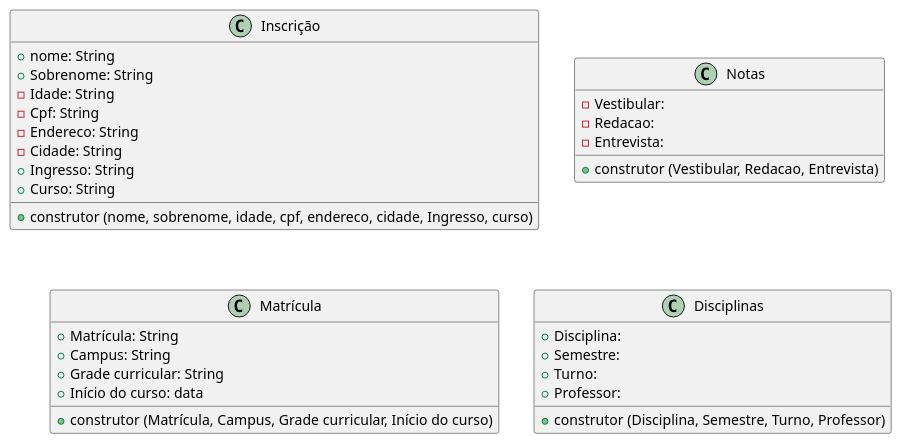
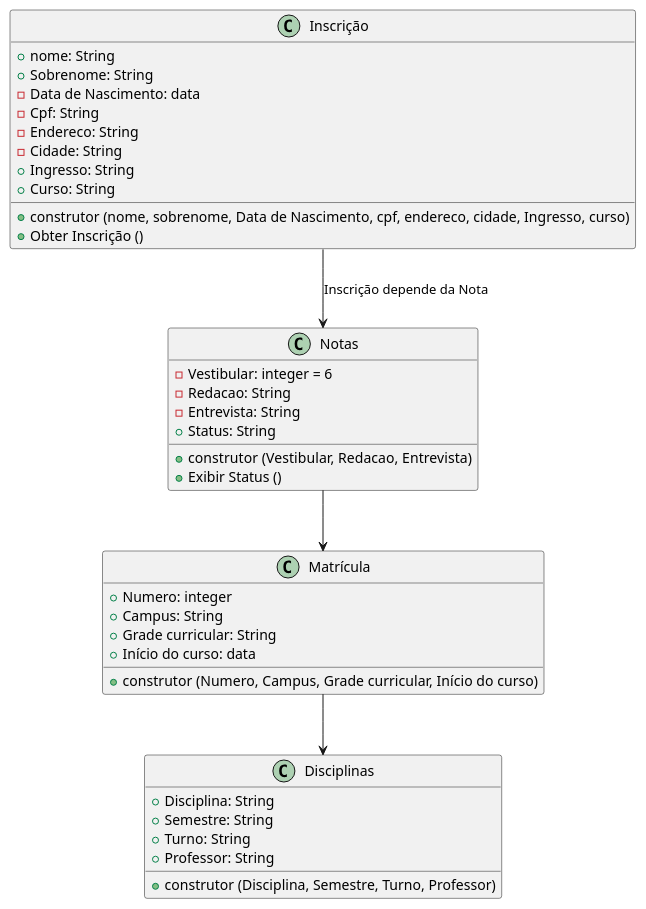
The diagram in matricula_universidade.PlantUML (FerCarvalhoRP/N2_POO), drawn with PlantUML before and after one commit.

Commit message:
Diagrama de Classes

```diff
--- a/matricula_universidade.PlantUML
+++ b/matricula_universidade.PlantUML
@@ -1,38 +1,46 @@
 @startuml Matricula UFSM
 
 Class Inscrição {
 + nome: String
 + Sobrenome: String
-- Idade: String
+- Data de Nascimento: data
 - Cpf: String
 - Endereco: String
 - Cidade: String
 + Ingresso: String
 + Curso: String
-+ construtor (nome, sobrenome, idade, cpf, endereco, cidade, Ingresso, curso)
++ construtor (nome, sobrenome, Data de Nascimento, cpf, endereco, cidade, Ingresso, curso)
++ Obter Inscrição ()
+
 }
 
 Class Notas {
-- Vestibular:
-- Redacao:
-- Entrevista:
+- Vestibular: integer = 6
+- Redacao: String
+- Entrevista: String
++ Status: String
 + construtor (Vestibular, Redacao, Entrevista)
++ Exibir Status ()
 }
 
 Class Matrícula {
-+ Matrícula: String
++ Numero: integer
 + Campus: String
 + Grade curricular: String
 + Início do curso: data
-+ construtor (Matrícula, Campus, Grade curricular, Início do curso)
++ construtor (Numero, Campus, Grade curricular, Início do curso)
 }
 
 Class Disciplinas {
-+ Disciplina:
-+ Semestre:
-+ Turno:
-+ Professor:
++ Disciplina: String
++ Semestre: String
++ Turno: String
++ Professor: String
 + construtor (Disciplina, Semestre, Turno, Professor)
 }
 
+Inscrição --> Notas : Inscrição depende da Nota
+Notas --> Matrícula
+Matrícula --> Disciplinas
+
 @enduml
```
